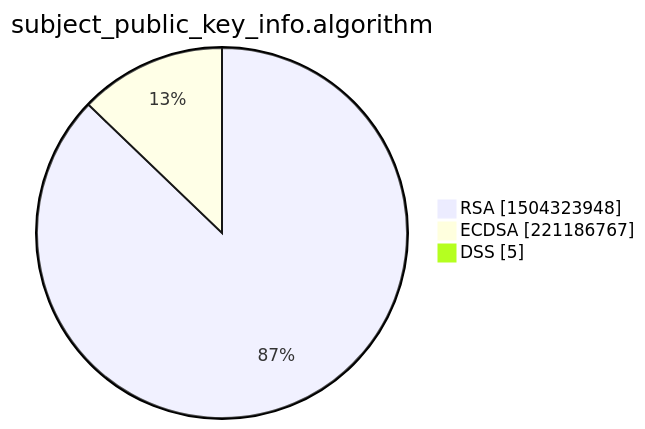
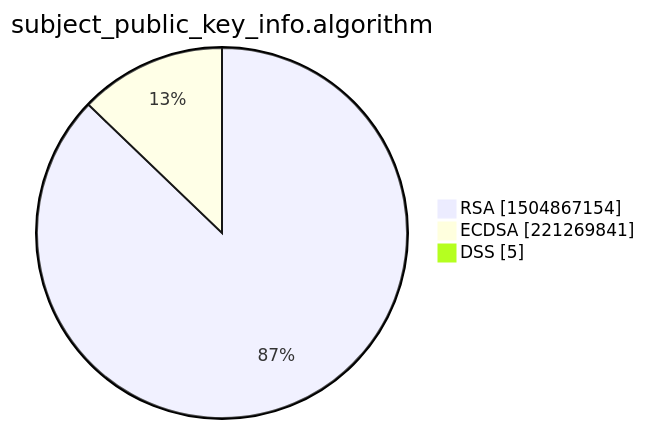
Before and after one commit to christiankrug/ctmonitor_visualization: the third of 15 diagrams in xenon2022/README.md, drawn with Mermaid. The commit also changed other lines of this file, not shown here.

````diff
--- a/xenon2022/README.md
+++ b/xenon2022/README.md
@@ -14,7 +14,7 @@
 ```mermaid
 pie showData
 title subject_public_key_info.algorithm
-"RSA" :1504323948
-"ECDSA" :221186767
+"RSA" :1504867154
+"ECDSA" :221269841
 "DSS" :5
 ```
````
